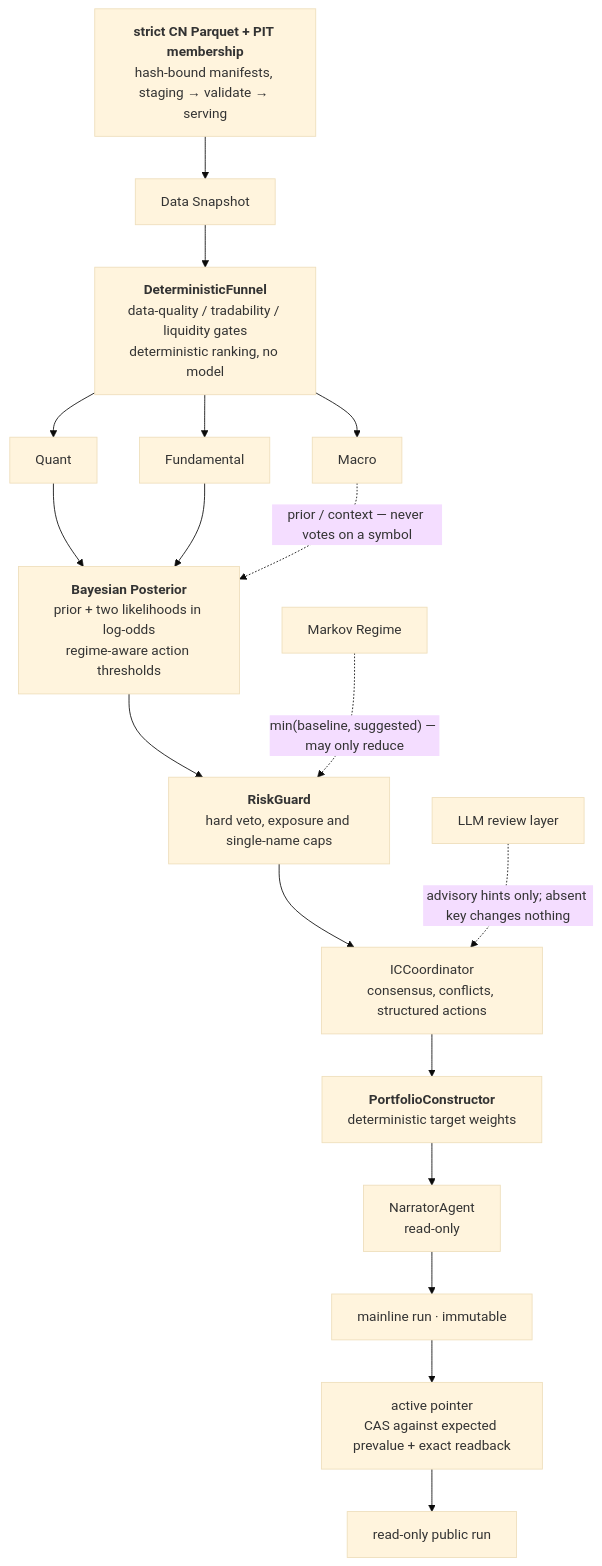
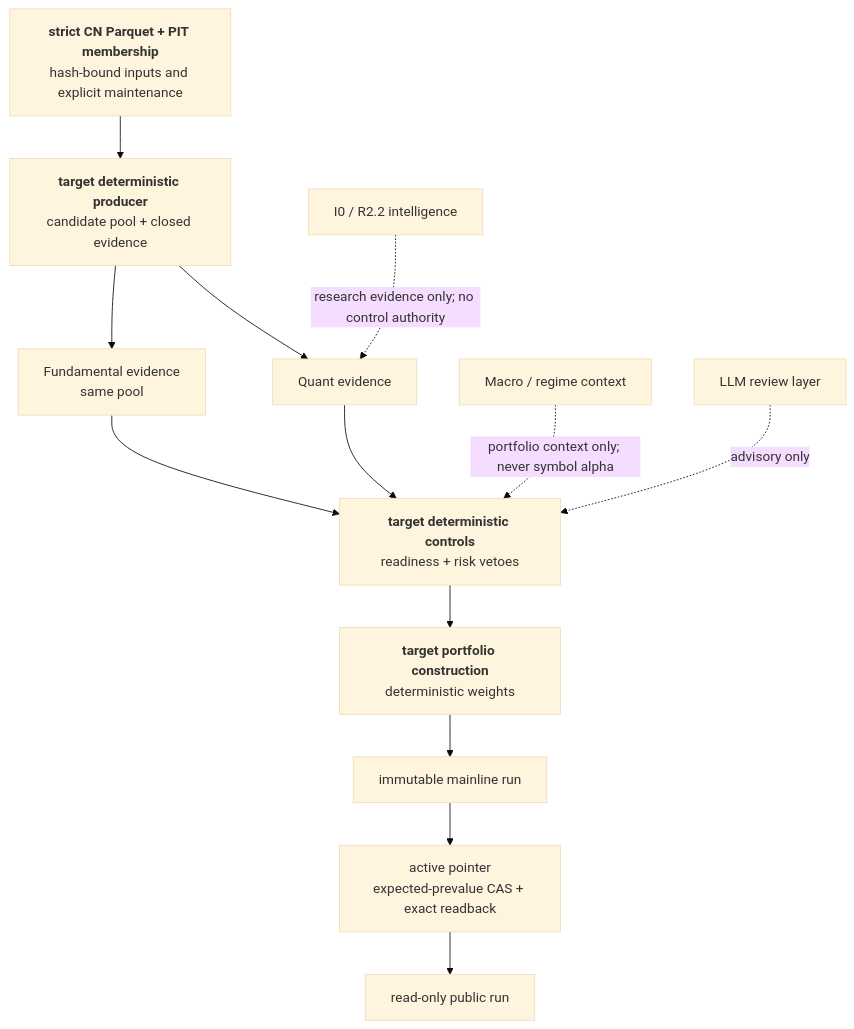
The diagram in README.md (alpha-mw/myQuant), drawn with Mermaid (base theme) before and after one commit. The commit also changed other lines of this file and 24 other files, not shown here.

Commit message:
fix(v17): align research intelligence runtime contracts

````diff
--- a/README.md
+++ b/README.md
@@ -65,26 +134,15 @@
 ```mermaid
 flowchart TD
-    D["<b>strict CN Parquet + PIT membership</b><br/>hash-bound manifests, staging → validate → serving"] --> S["Data Snapshot"]
-    S --> F["<b>DeterministicFunnel</b><br/>data-quality / tradability / liquidity gates<br/>deterministic ranking, no model"]
-
-    F --> Q["Quant"]
-    F --> FD["Fundamental"]
-    F --> MA["Macro"]
-
-    Q --> B["<b>Bayesian Posterior</b><br/>prior + two likelihoods in log-odds<br/>regime-aware action thresholds"]
-    FD --> B
-    MA -. "prior / context — never votes on a symbol" .-> B
-
-    B --> RG["<b>RiskGuard</b><br/>hard veto, exposure and single-name caps"]
-    MK["Markov Regime"] -. "min(baseline, suggested) — may only reduce" .-> RG
-
-    RG --> IC["ICCoordinator<br/>consensus, conflicts, structured actions"]
-    IC --> PC["<b>PortfolioConstructor</b><br/>deterministic target weights"]
-    PC --> N["NarratorAgent<br/>read-only"]
-
-    N --> MR["mainline run · immutable"]
-    MR --> AP["active pointer<br/>CAS against expected prevalue + exact readback"]
+    D["<b>strict CN Parquet + PIT membership</b><br/>hash-bound inputs and explicit maintenance"] --> F["<b>target deterministic producer</b><br/>candidate pool + closed evidence"]
+    F --> Q["Quant evidence"]
+    F --> FD["Fundamental evidence<br/>same pool"]
+    MA["Macro / regime context"] -. "portfolio context only; never symbol alpha" .-> C
+    Q --> C["<b>target deterministic controls</b><br/>readiness + risk vetoes"]
+    FD --> C
+    C --> PC["<b>target portfolio construction</b><br/>deterministic weights"]
+    PC --> MR["immutable mainline run"]
+    MR --> AP["active pointer<br/>expected-prevalue CAS + exact readback"]
     AP --> PB["read-only public run"]
-
-    LLM["LLM review layer"] -. "advisory hints only; absent key changes nothing" .-> IC
+    I0["I0 / R2.2 intelligence"] -. "research evidence only; no control authority" .-> Q
+    LLM["LLM review layer"] -. "advisory only" .-> C
 ```
````
